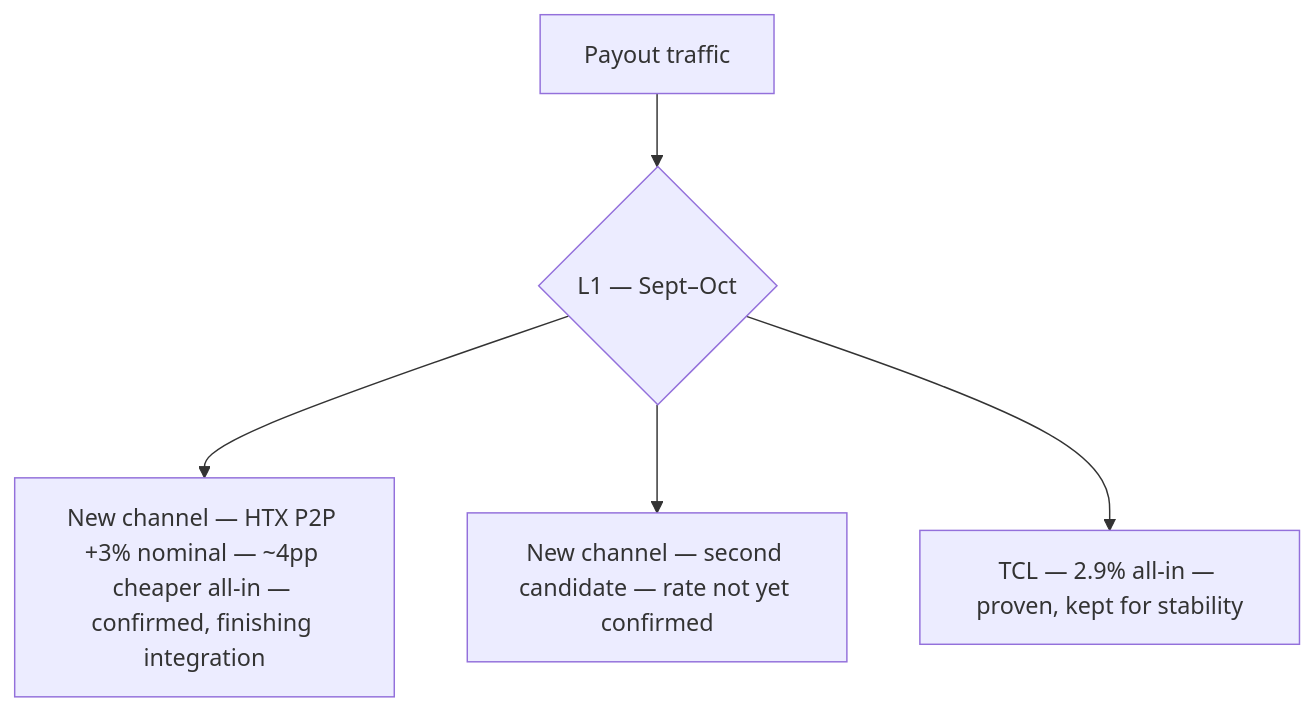
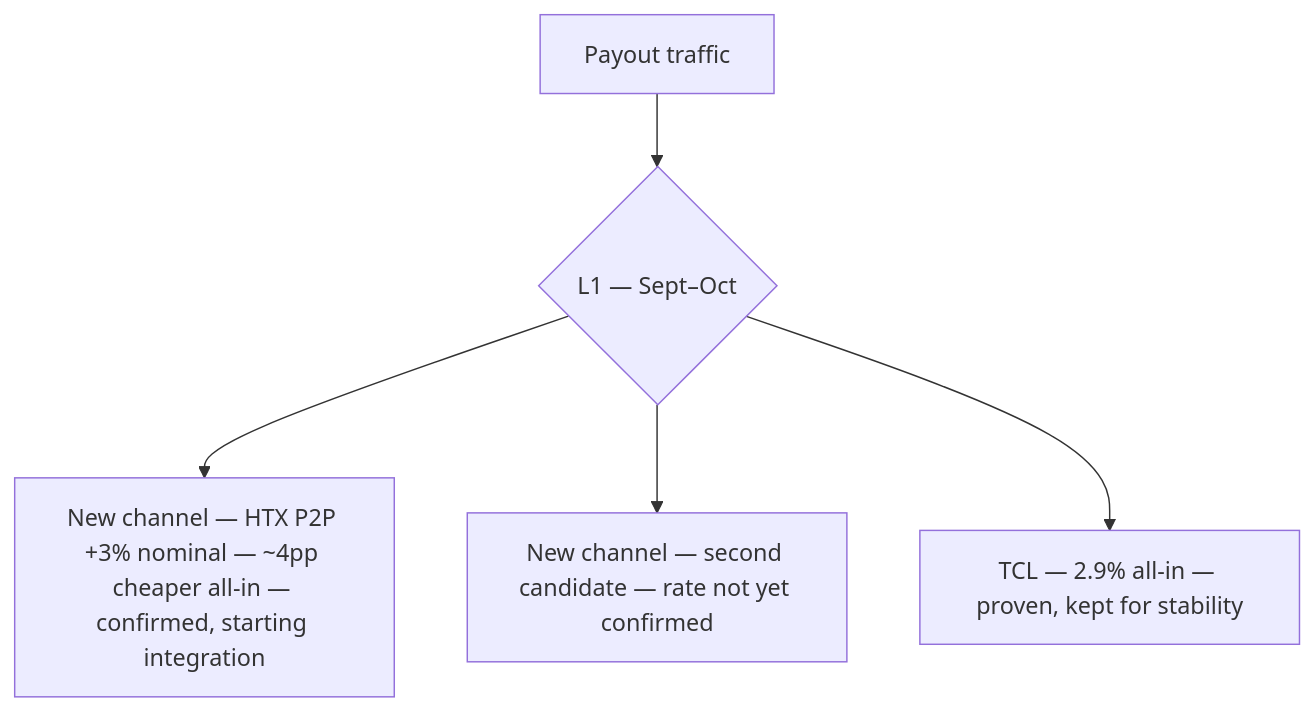
The ninth of 9 diagrams in docs/payment_cascades.md (JoJ-se/incas-geo-expansion-pack), drawn with Mermaid before and after one commit. The commit also changed other lines of this file and 3 other files, not shown here.

First line of the commit message:
Change 'finishing integration' to 'starting integration' for new China payout channel

````diff
--- a/docs/payment_cascades.md
+++ b/docs/payment_cascades.md
@@ -130,7 +130,7 @@
 ```mermaid
 flowchart TD
     A[Payout traffic] --> L1{"L1 — Sept–Oct"}
-    L1 --> HTX["New channel — HTX P2P +3% nominal — ~4pp cheaper all-in — confirmed, finishing integration"]
+    L1 --> HTX["New channel — HTX P2P +3% nominal — ~4pp cheaper all-in — confirmed, starting integration"]
     L1 --> Second["New channel — second candidate — rate not yet confirmed"]
     L1 --> TCL["TCL — 2.9% all-in — proven, kept for stability"]
 ```
````
